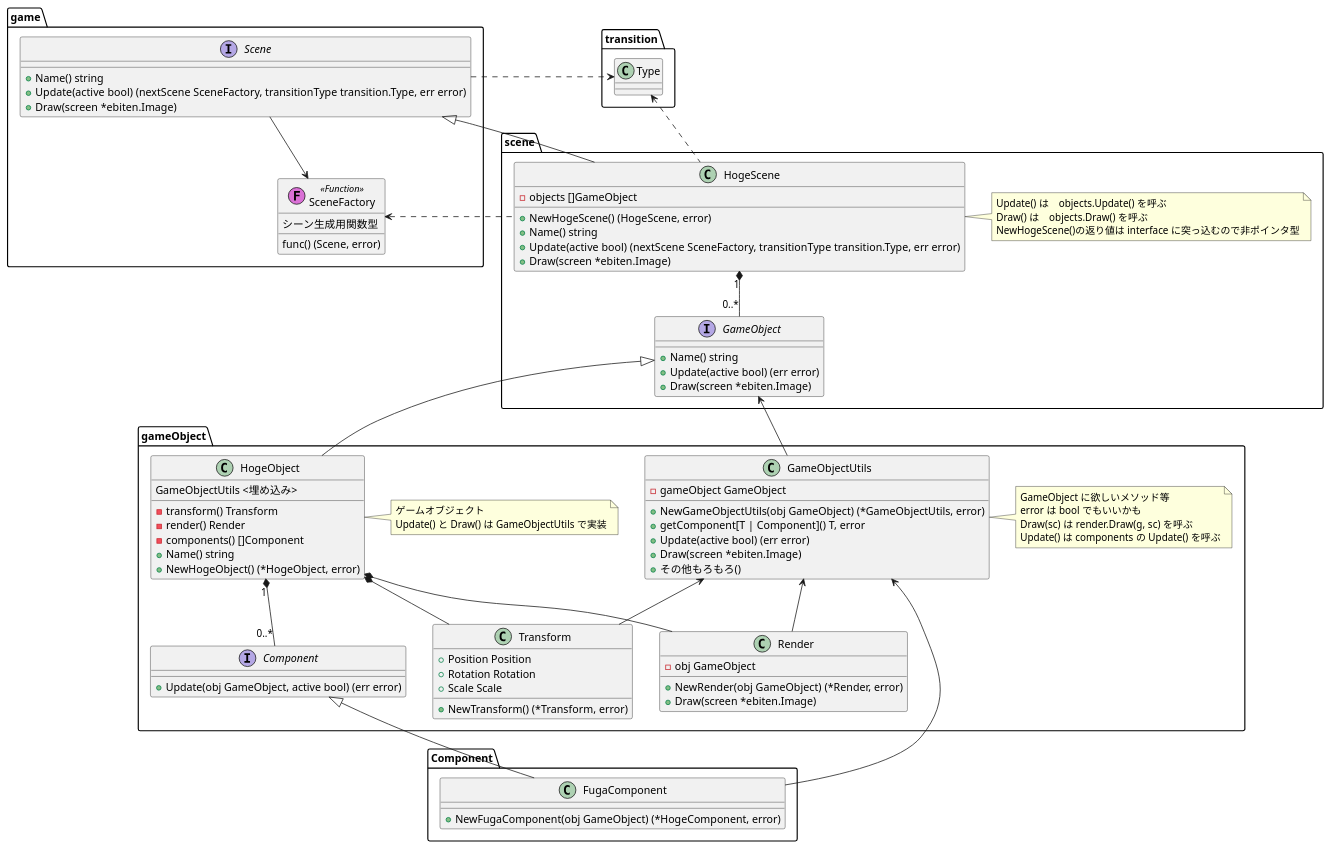
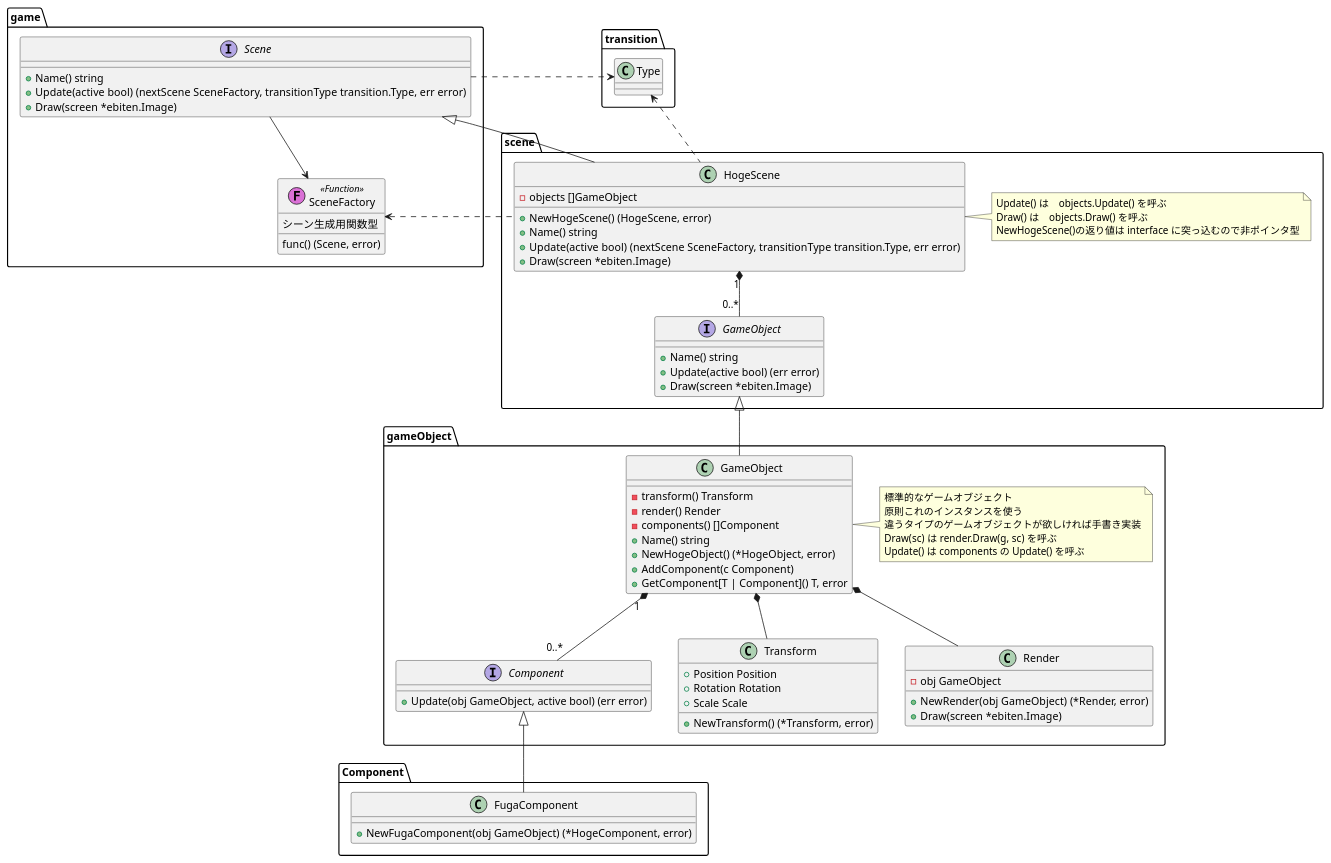
The diagram in Docs/Scene_class_diagram.puml (kmc-jp/Gamedev_Tempura-of-p--Phenylazo-phenol), drawn with PlantUML before and after one commit. The commit also changed 1 other file, not shown here.

Commit message:
GameObjectUtils を廃止して、 GameObject struct だけで実装するように設計変更

```diff
--- a/Docs/Scene_class_diagram.puml
+++ b/Docs/Scene_class_diagram.puml
@@ -1,106 +1,90 @@
 @startuml Scene_class_diagram
 
 package transition {
     class Type{}
 }
 
 package game {
     interface Scene {
         + Name() string
         + Update(active bool) (nextScene SceneFactory, transitionType transition.Type, err error)
         + Draw(screen *ebiten.Image)
     }
 
     class SceneFactory << (F,orchid) Function >> {
         シーン生成用関数型
         func() (Scene, error)
     }
 
     Scene --> SceneFactory
     Scene .right.> transition.Type
 }
 
 package scene {
     class HogeScene {
         - objects []GameObject
         + NewHogeScene() (HogeScene, error)
         + Name() string
         + Update(active bool) (nextScene SceneFactory, transitionType transition.Type, err error)
         + Draw(screen *ebiten.Image)
     }
     note right of HogeScene : Update() は　objects.Update() を呼ぶ\nDraw() は　objects.Draw() を呼ぶ\nNewHogeScene()の返り値は interface に突っ込むので非ポインタ型
 
     HogeScene -up-|> game.Scene
     HogeScene ..left..> game.SceneFactory
     HogeScene .up.> transition.Type
 
 
     HogeScene "1" *-- "0..*" GameObject
 
     interface GameObject {
         + Name() string
         + Update(active bool) (err error)
         + Draw(screen *ebiten.Image)
     }
 }
 
 package gameObject {
-    class HogeObject {
-        GameObjectUtils <埋め込み>
+    class GameObject {
         - transform() Transform
         - render() Render
         - components() []Component
         + Name() string
         + NewHogeObject() (*HogeObject, error)
+        + AddComponent(c Component)
+        + GetComponent[T | Component]() T, error
     }
-    note right of HogeObject : ゲームオブジェクト\nUpdate() と Draw() は GameObjectUtils で実装
+    note right of GameObject : 標準的なゲームオブジェクト\n原則これのインスタンスを使う\n違うタイプのゲームオブジェクトが欲しければ手書き実装\nDraw(sc) は render.Draw(g, sc) を呼ぶ\nUpdate() は components の Update() を呼ぶ
 
-    class GameObjectUtils {
-        - gameObject GameObject
-        + NewGameObjectUtils(obj GameObject) (*GameObjectUtils, error)
-        + getComponent[T | Component]() T, error
-        + Update(active bool) (err error)
-        + Draw(screen *ebiten.Image)
-        + その他もろもろ()
-    }
-    note right of GameObjectUtils : GameObject に欲しいメソッド等\nerror は bool でもいいかも\nDraw(sc) は render.Draw(g, sc) を呼ぶ\nUpdate() は components の Update() を呼ぶ
+    GameObject -up-|> scene.GameObject
+    GameObject *-- Transform
+    GameObject *-- Render
 
-    GameObjectUtils -up-> scene.GameObject
-
-    HogeObject -up-|> scene.GameObject
-    HogeObject *-- Transform
-    HogeObject *-- Render
-
-    HogeObject "1" *-- "0..*" Component
-
-    GameObjectUtils <-- Transform
-    GameObjectUtils <-- Render
+    GameObject "1" *-- "0..*" Component
 
     class Transform {
         + Position Position
         + Rotation Rotation
         + Scale Scale
         + NewTransform() (*Transform, error)
     }
 
     class Render {
         - obj GameObject
         + NewRender(obj GameObject) (*Render, error)
         + Draw(screen *ebiten.Image)
     }
 
     interface Component {
         + Update(obj GameObject, active bool) (err error)
     }
 }
 
 package Component {
     class FugaComponent {
         + NewFugaComponent(obj GameObject) (*HogeComponent, error)
     }
 
     FugaComponent -up-|> gameObject.Component
-    FugaComponent --> gameObject.GameObjectUtils
-
 }
 @enduml
```
